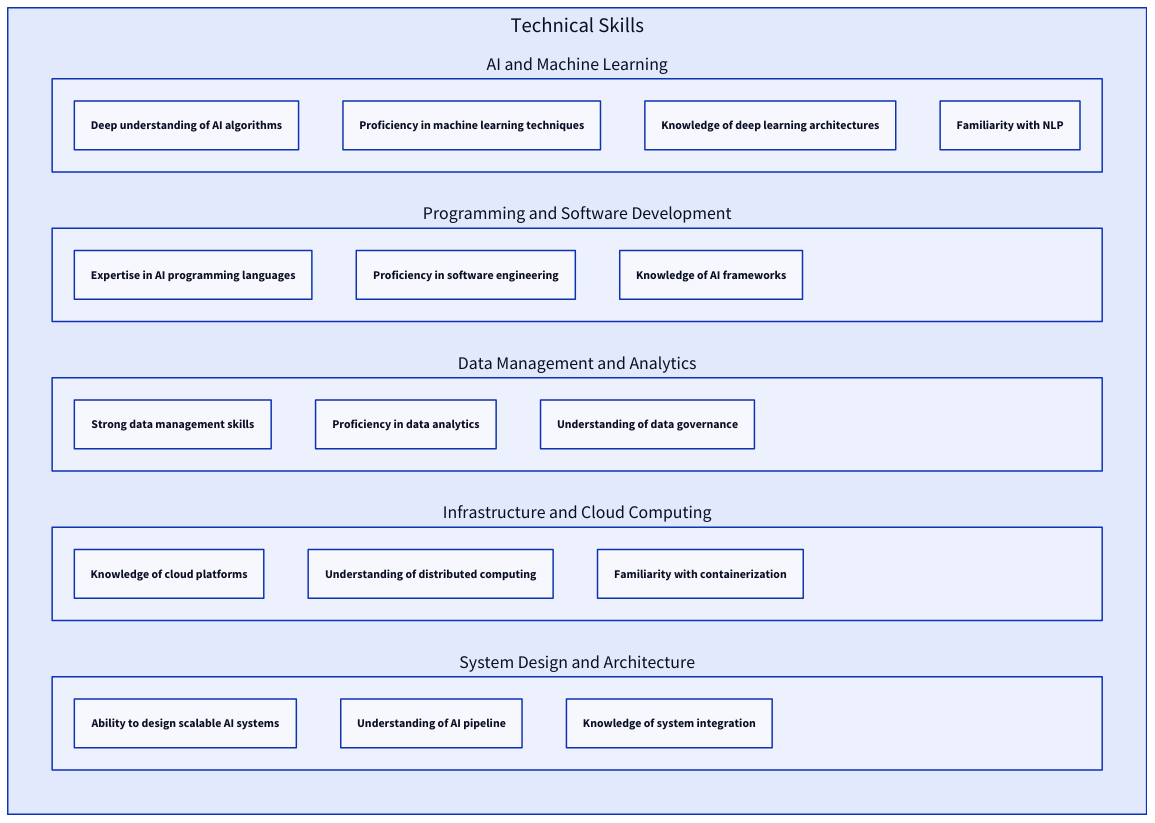
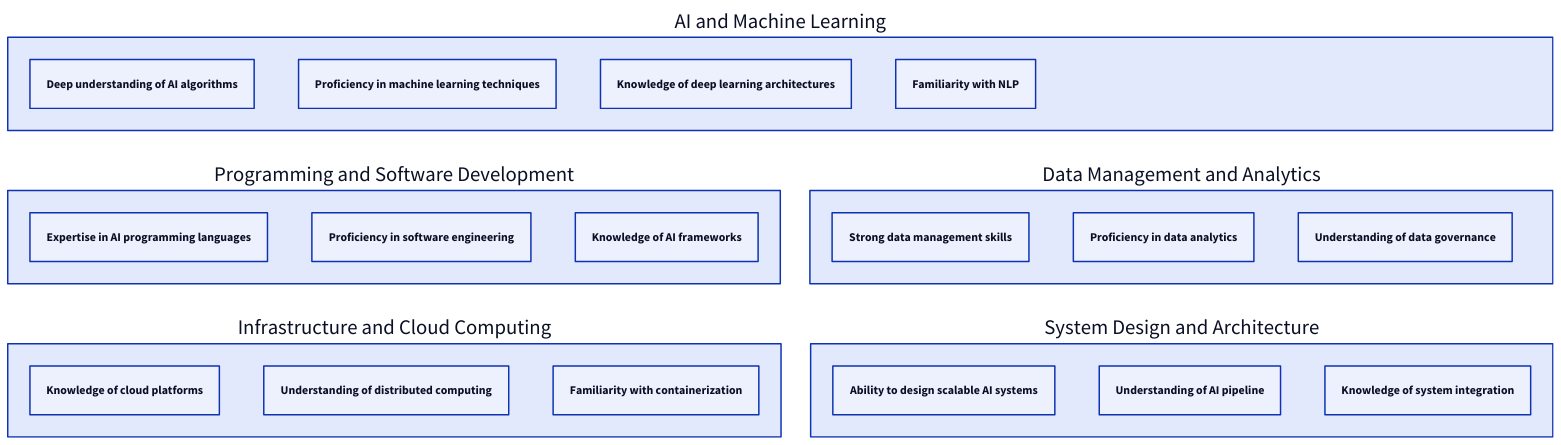
One commit to maycuatroi/blog changed the diagram in blogs/computer-vision-road-map/ai_solution_architect.d2. Above: the diagram before and after it, drawn with D2. The commit also changed 9 other files, not shown here.

```diff
--- a/blogs/computer-vision-road-map/ai_solution_architect.d2
+++ b/blogs/computer-vision-road-map/ai_solution_architect.d2
@@ -1,37 +1,34 @@
 label: "AI Solution Architect"
 
-technical_skills: {
-  label: "Technical Skills"
-  ai_and_machine_learning: {
-    label: "AI and Machine Learning"
-    deep_understanding: "Deep understanding of AI algorithms"
-    proficiency_ml: "Proficiency in machine learning techniques"
-    knowledge_dl: "Knowledge of deep learning architectures"
-    familiarity_nlp: "Familiarity with NLP"
-  }
-  programming_and_software_development: {
-    label: "Programming and Software Development"
-    expertise_languages: "Expertise in AI programming languages"
-    proficiency_principles: "Proficiency in software engineering"
-    knowledge_frameworks: "Knowledge of AI frameworks"
-  }
-  data_management_and_analytics: {
-    label: "Data Management and Analytics"
-    strong_skills: "Strong data management skills"
-    proficiency_analytics: "Proficiency in data analytics"
-    understanding_governance: "Understanding of data governance"
-  }
-  infrastructure_and_cloud_computing: {
-    label: "Infrastructure and Cloud Computing"
-    knowledge_cloud: "Knowledge of cloud platforms"
-    understanding_distributed: "Understanding of distributed computing"
-    familiarity_containerization: "Familiarity with containerization"
-  }
-  system_design_and_architecture: {
-    label: "System Design and Architecture"
-    ability_design: "Ability to design scalable AI systems"
-    understanding_pipeline: "Understanding of AI pipeline"
-    knowledge_integration: "Knowledge of system integration"
-  }
-  grid-rows: 5
+ai_and_machine_learning: {
+  label: "AI and Machine Learning"
+  deep_understanding: "Deep understanding of AI algorithms"
+  proficiency_ml: "Proficiency in machine learning techniques"
+  knowledge_dl: "Knowledge of deep learning architectures"
+  familiarity_nlp: "Familiarity with NLP"
 }
+programming_and_software_development: {
+  label: "Programming and Software Development"
+  expertise_languages: "Expertise in AI programming languages"
+  proficiency_principles: "Proficiency in software engineering"
+  knowledge_frameworks: "Knowledge of AI frameworks"
+}
+data_management_and_analytics: {
+  label: "Data Management and Analytics"
+  strong_skills: "Strong data management skills"
+  proficiency_analytics: "Proficiency in data analytics"
+  understanding_governance: "Understanding of data governance"
+}
+infrastructure_and_cloud_computing: {
+  label: "Infrastructure and Cloud Computing"
+  knowledge_cloud: "Knowledge of cloud platforms"
+  understanding_distributed: "Understanding of distributed computing"
+  familiarity_containerization: "Familiarity with containerization"
+}
+system_design_and_architecture: {
+  label: "System Design and Architecture"
+  ability_design: "Ability to design scalable AI systems"
+  understanding_pipeline: "Understanding of AI pipeline"
+  knowledge_integration: "Knowledge of system integration"
+}
+grid-rows: 3
```
